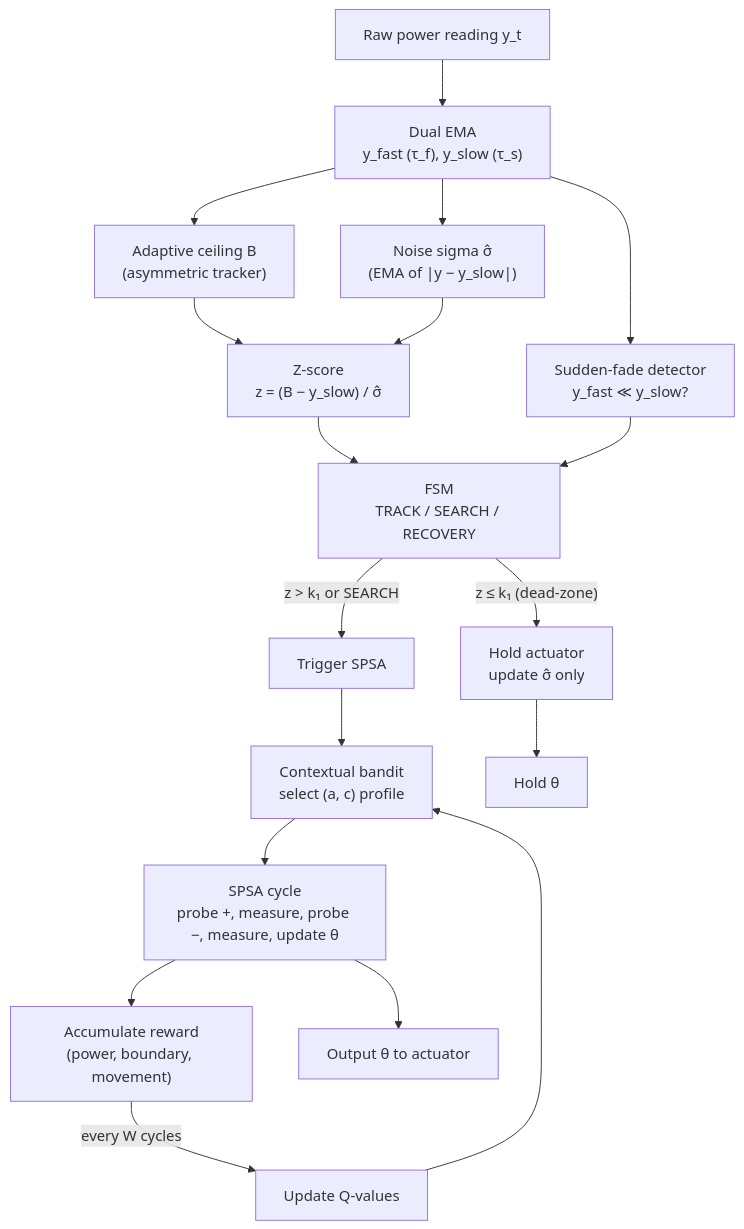
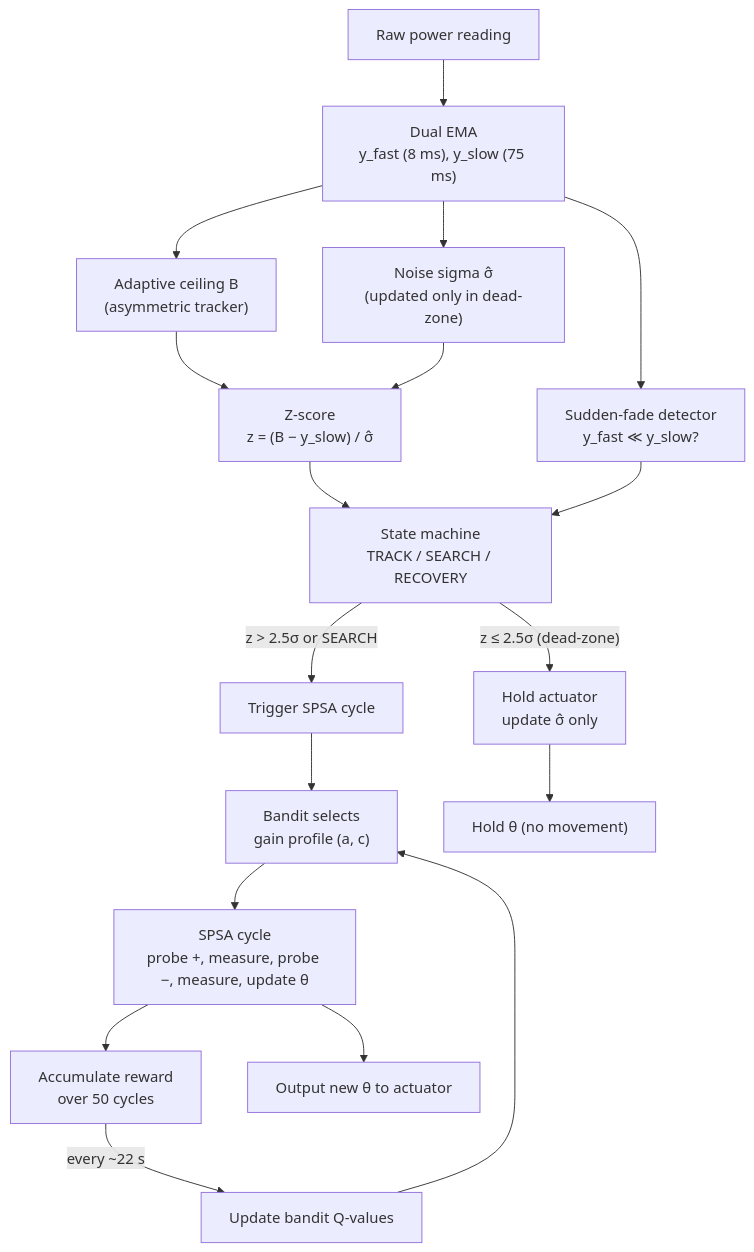
The sixth of 7 diagrams in ALGORITHM.md (wtaisner/state-of-polarization), drawn with Mermaid before and after one commit. The commit also changed other lines of this file, not shown here.

````diff
--- a/ALGORITHM.md
+++ b/ALGORITHM.md
@@ -464,24 +595,24 @@
 ```mermaid
 flowchart TD
-    RAW["Raw power reading y_t"] --> EMA["Dual EMA<br/>y_fast (τ_f), y_slow (τ_s)"]
+    RAW["Raw power reading"] --> EMA["Dual EMA<br/>y_fast (8 ms), y_slow (75 ms)"]
     EMA --> CEIL["Adaptive ceiling B<br/>(asymmetric tracker)"]
-    EMA --> SIG["Noise sigma σ̂<br/>(EMA of |y − y_slow|)"]
+    EMA --> SIG["Noise sigma σ̂<br/>(updated only in dead-zone)"]
     CEIL --> Z["Z-score<br/>z = (B − y_slow) / σ̂"]
     SIG --> Z
 
-    Z --> FSM["FSM<br/>TRACK / SEARCH / RECOVERY"]
+    Z --> FSM["State machine<br/>TRACK / SEARCH / RECOVERY"]
     EMA --> FADE["Sudden-fade detector<br/>y_fast ≪ y_slow?"]
     FADE --> FSM
 
-    FSM --> |"z > k₁ or SEARCH"| TRIG["Trigger SPSA"]
-    FSM --> |"z ≤ k₁ (dead-zone)"| HOLD["Hold actuator<br/>update σ̂ only"]
+    FSM -->|"z > 2.5σ or SEARCH"| TRIG["Trigger SPSA cycle"]
+    FSM -->|"z ≤ 2.5σ (dead-zone)"| HOLD["Hold actuator<br/>update σ̂ only"]
 
-    TRIG --> BANDIT["Contextual bandit<br/>select (a, c) profile"]
+    TRIG --> BANDIT["Bandit selects<br/>gain profile (a, c)"]
     BANDIT --> SPSA["SPSA cycle<br/>probe +, measure, probe −, measure, update θ"]
-    SPSA --> REWARD["Accumulate reward<br/>(power, boundary, movement)"]
-    REWARD --> |"every W cycles"| BANDIT2["Update Q-values"]
-    BANDIT2 --> BANDIT
+    SPSA --> REWARD["Accumulate reward<br/>over 50 cycles"]
+    REWARD -->|"every ~22 s"| BANDIT_UPD["Update bandit Q-values"]
+    BANDIT_UPD --> BANDIT
 
-    SPSA --> ACT["Output θ to actuator"]
-    HOLD --> ACT2["Hold θ"]
+    SPSA --> ACT["Output new θ to actuator"]
+    HOLD --> ACT2["Hold θ (no movement)"]
 ```
````
